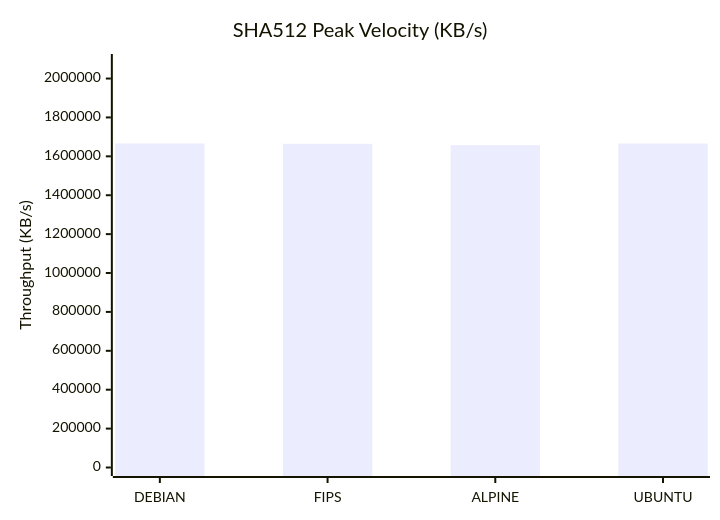
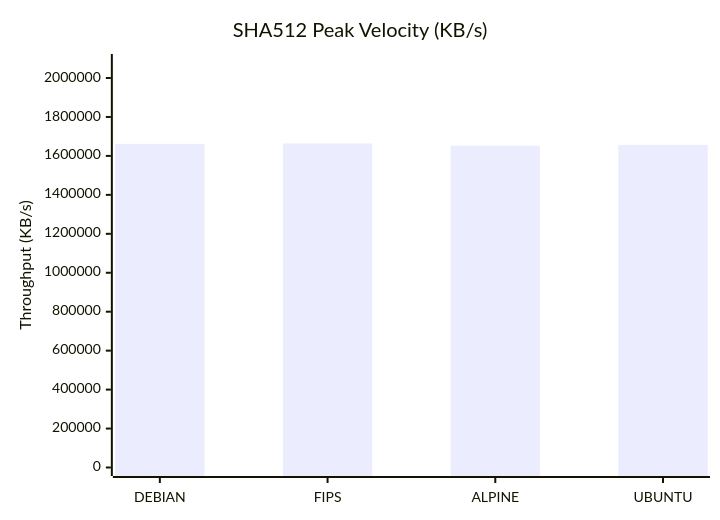
Before and after one commit to taha2samy/openssl_fips: the fourth of 9 diagrams in docs/Comparison_Report.md, drawn with Mermaid. The commit also changed other lines of this file and 2 other files, not shown here.

````diff
--- a/docs/Comparison_Report.md
+++ b/docs/Comparison_Report.md
@@ -83,7 +83,7 @@
 ```mermaid
 xychart-beta
     title "SHA512 Peak Velocity (KB/s)"
     x-axis [DEBIAN, FIPS, ALPINE, UBUNTU]
-    y-axis "Throughput (KB/s)" 0 --> 2082488
-    bar [1665990.66, 1664335.87, 1657643.01, 1665884.16]
+    y-axis "Throughput (KB/s)" 0 --> 2079674
+    bar [1661793.08, 1663739.49, 1652596.74, 1656383.08]
 ```
````
